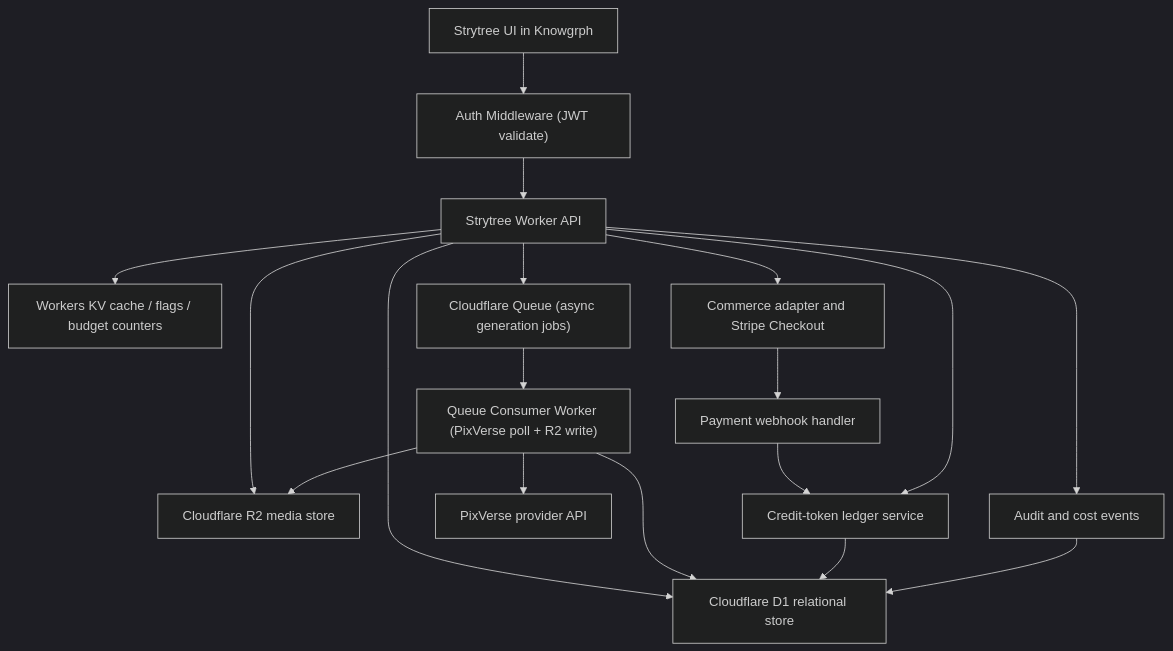
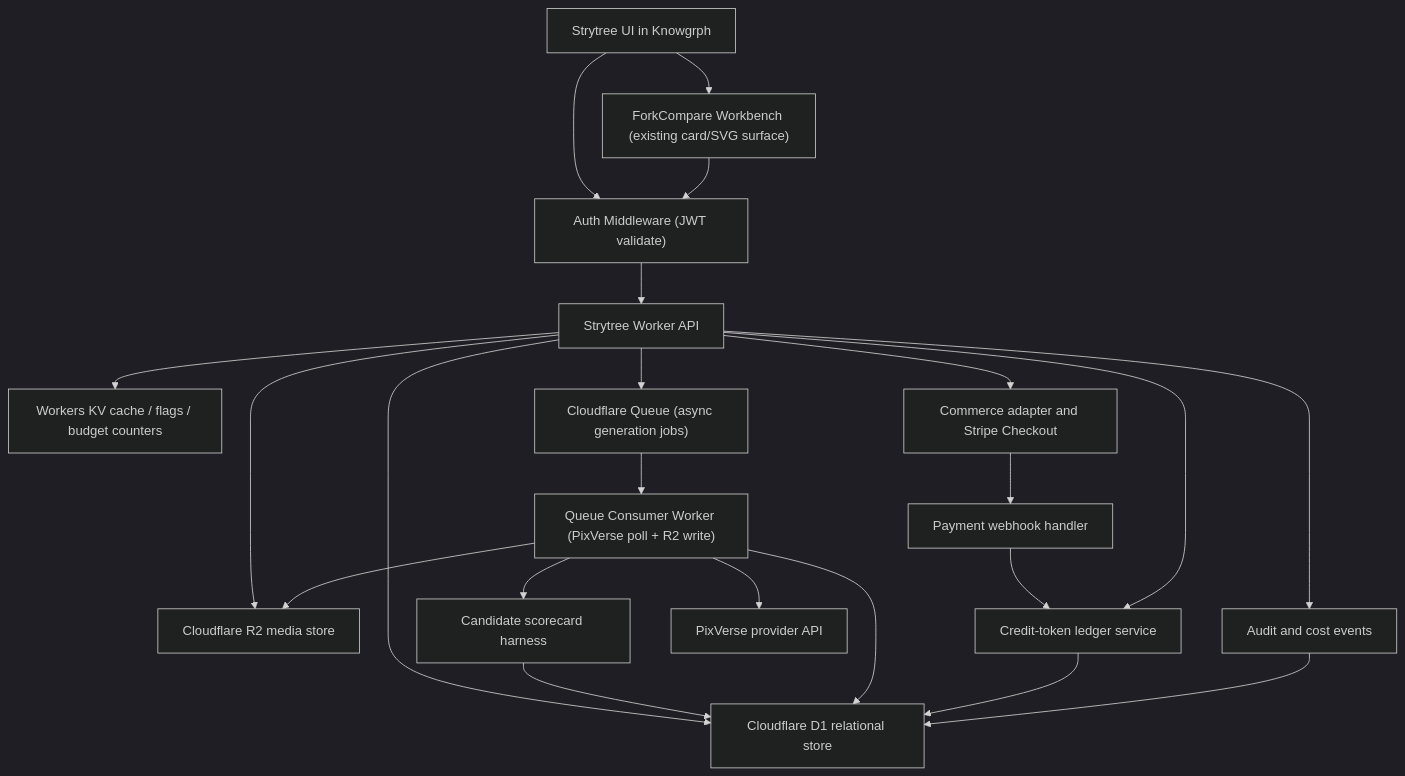
The first of 6 diagrams in docs/documents/knowgrph-strytree-prd-tad.md (huijoohwee/knowgrph), drawn with Mermaid (dark theme) before and after one commit. The commit also changed other lines of this file and 229 other files, not shown here.

````diff
--- a/docs/documents/knowgrph-strytree-prd-tad.md
+++ b/docs/documents/knowgrph-strytree-prd-tad.md
@@ -482,34 +529,40 @@
 ```mermaid
 flowchart TB
   Browser["Strytree UI in Knowgrph"]
+  ForkCompare["ForkCompare Workbench (existing card/SVG surface)"]
   Auth["Auth Middleware (JWT validate)"]
   Worker["Strytree Worker API"]
   D1["Cloudflare D1 relational store"]
   R2["Cloudflare R2 media store"]
   KV["Workers KV cache / flags / budget counters"]
   Queue["Cloudflare Queue (async generation jobs)"]
   Consumer["Queue Consumer Worker (PixVerse poll + R2 write)"]
+  CandidateScorer["Candidate scorecard harness"]
   Commerce["Commerce adapter and Stripe Checkout"]
   Webhook["Payment webhook handler"]
   Ledger["Credit-token ledger service"]
   Pixverse["PixVerse provider API"]
   Audit["Audit and cost events"]
 
   Browser --> Auth
+  Browser --> ForkCompare
+  ForkCompare --> Auth
   Auth --> Worker
   Worker --> D1
   Worker --> R2
   Worker --> KV
   Worker --> Commerce
   Commerce --> Webhook
   Webhook --> Ledger
   Worker --> Ledger
   Worker --> Queue
   Queue --> Consumer
   Consumer --> Pixverse
+  Consumer --> CandidateScorer
+  CandidateScorer --> D1
   Consumer --> R2
   Consumer --> D1
   Worker --> Audit
   Ledger --> D1
   Audit --> D1
 ```
````
